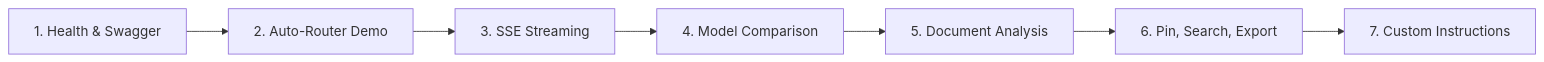
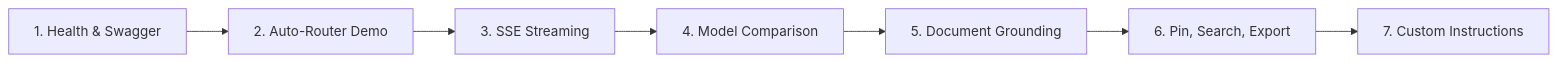
One commit to Aniketagr07/Multi_Model_AI_Agent changed the diagram in docs/FINAL_CAPSTONE_REPORT.md. Above: the diagram before and after it, drawn with Mermaid. The commit also changed other lines of this file and 8 other files, not shown here.

````diff
--- a/docs/FINAL_CAPSTONE_REPORT.md
+++ b/docs/FINAL_CAPSTONE_REPORT.md
@@ -128,9 +164,9 @@
 ```mermaid
 flowchart LR
     A["1. Health & Swagger"] --> B["2. Auto-Router Demo"]
     B --> C["3. SSE Streaming"]
     C --> D["4. Model Comparison"]
-    D --> E["5. Document Analysis"]
+    D --> E["5. Document Grounding"]
     E --> F["6. Pin, Search, Export"]
     F --> G["7. Custom Instructions"]
 ```
````
